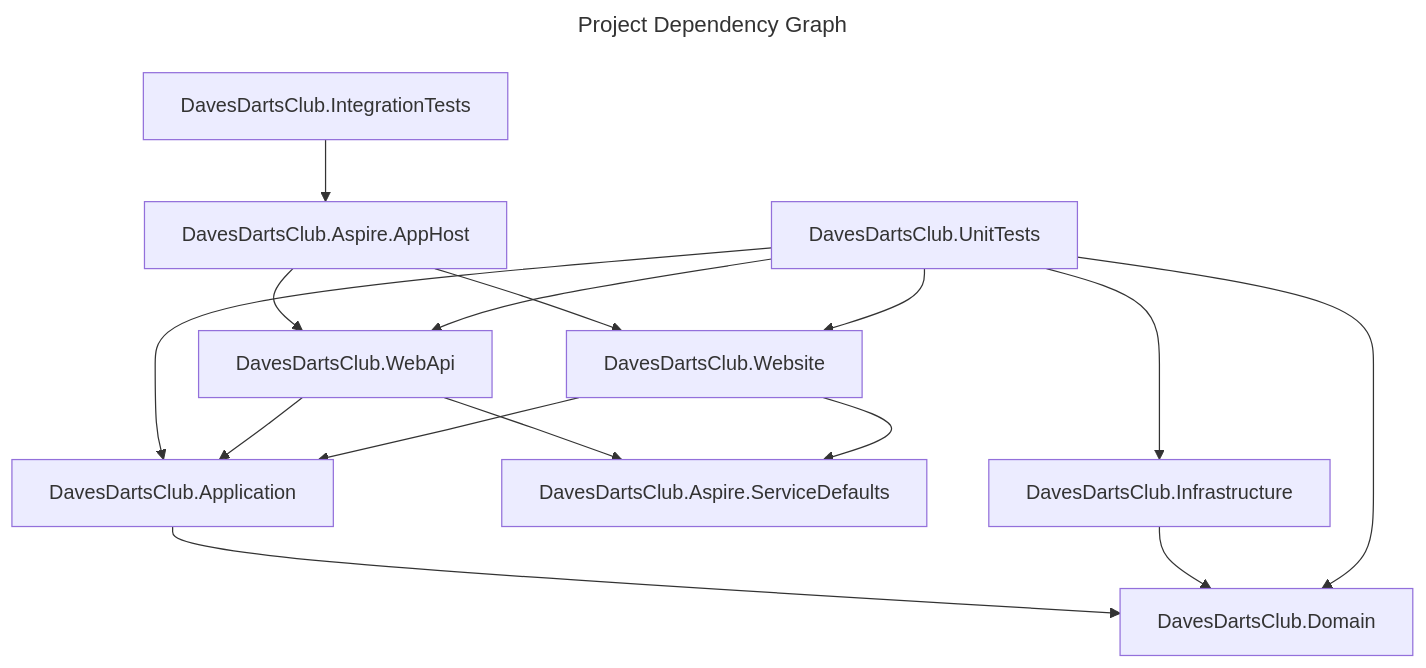
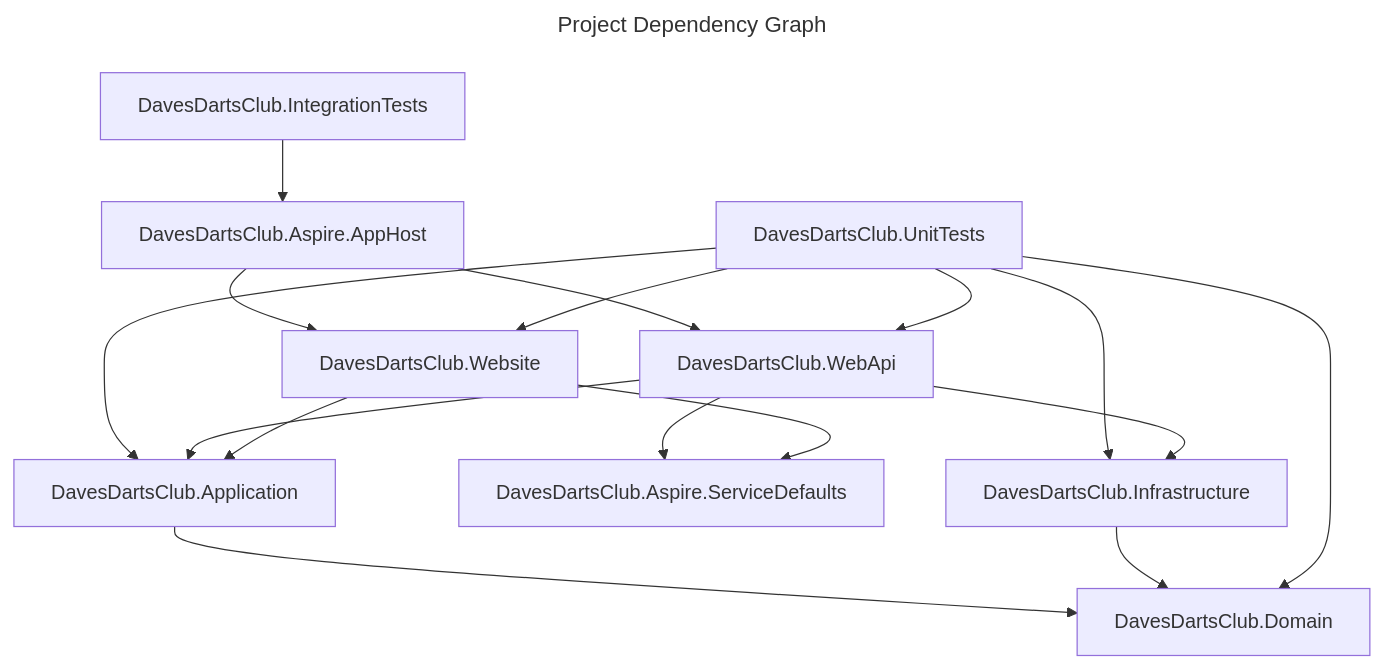
The diagram in docs/ProjectStructure.mermaid (davechampion-dev/DavesDartsClub), drawn with Mermaid before and after one commit. The commit also changed other lines of this file and 13 other files, not shown here.

```diff
--- a/docs/ProjectStructure.mermaid
+++ b/docs/ProjectStructure.mermaid
@@ -1,38 +1,39 @@
 ---
 title: Project Dependency Graph
 ---
 flowchart TD
     %% https://mermaid.js.org/intro/
 
     
 Application["DavesDartsClub.Application"]
 AppHost["DavesDartsClub.Aspire.AppHost"]
 ServiceDefaults["DavesDartsClub.Aspire.ServiceDefaults"]
 Domain["DavesDartsClub.Domain"]
 Infrastructure["DavesDartsClub.Infrastructure"]
 IntegrationTests["DavesDartsClub.IntegrationTests"]
 UnitTests["DavesDartsClub.UnitTests"]
 WebApi["DavesDartsClub.WebApi"]
 Website["DavesDartsClub.Website"]
 %% Moo@{ shape: rounded, label: "I am a Moo"}
 
 Application --> Domain
 
 AppHost --> WebApi 
 AppHost --> Website
 
 Infrastructure --> Domain
 
 IntegrationTests --> AppHost
 
 UnitTests --> Application
 UnitTests --> Domain
 UnitTests --> Infrastructure
 UnitTests --> WebApi
 UnitTests --> Website
 
 WebApi --> Application
 WebApi --> ServiceDefaults
+WebApi --> Infrastructure
 
 Website --> Application
 Website --> ServiceDefaults
```
